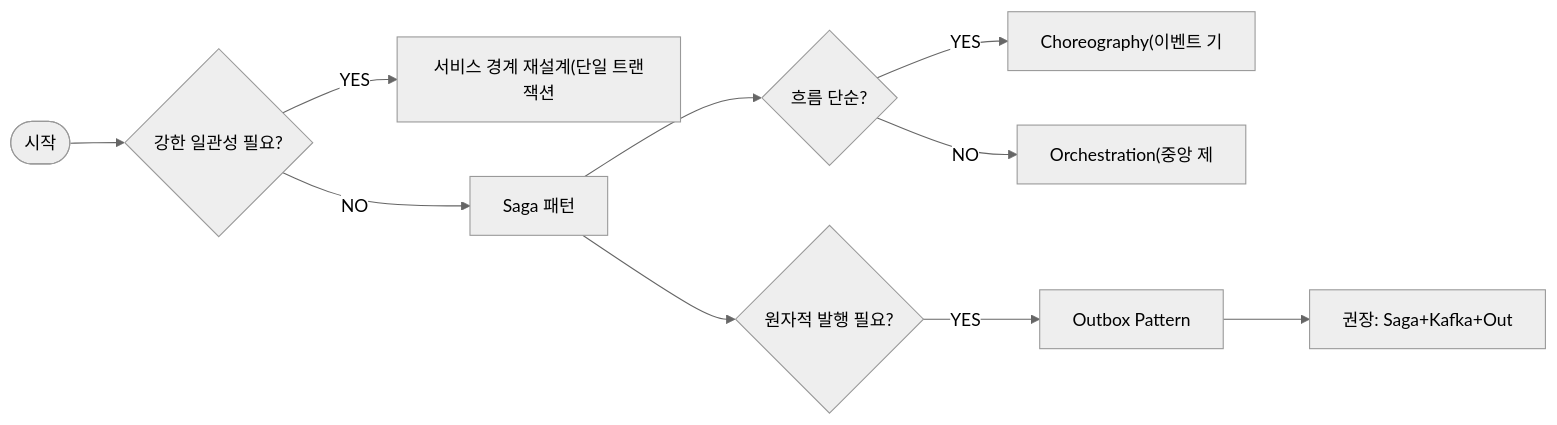
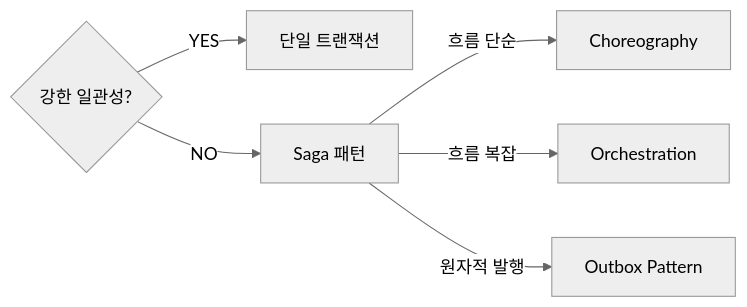
The eighth of 8 diagrams in _posts/spring/2026-05-01-distributed-transaction.md (yjkim2015/yjkim2015.github.io), drawn with Mermaid (neutral theme) before and after one commit. The commit also changed 163 other files, not shown here.

First line of the commit message:
Mermaid 300개 블록 내용 축소: 5노드 5엣지 이하, 의미 있는 약어

````diff
--- a/_posts/spring/2026-05-01-distributed-transaction.md
+++ b/_posts/spring/2026-05-01-distributed-transaction.md
@@ -359,12 +359,8 @@
 ```mermaid
 graph LR
-    START(["시작"]) --> Q1{"강한 일관성 필요?"}
-    Q1 -->|YES| R1["서비스 경계 재설계(단일 트랜잭션"]
+    Q1{"강한 일관성?"} -->|YES| R1["단일 트랜잭션"]
     Q1 -->|NO| SAGA["Saga 패턴"]
-    SAGA --> Q3{"흐름 단순?"}
-    Q3 -->|YES| CHOREO["Choreography(이벤트 기"]
-    Q3 -->|NO| ORCH["Orchestration(중앙 제"]
-    SAGA --> Q4{"원자적 발행 필요?"}
-    Q4 -->|YES| OUTBOX["Outbox Pattern"]
-    OUTBOX --> BEST["권장: Saga+Kafka+Out"]
+    SAGA -->|흐름 단순| CHOREO["Choreography"]
+    SAGA -->|흐름 복잡| ORCH["Orchestration"]
+    SAGA -->|원자적 발행| OUTBOX["Outbox Pattern"]
 ```
````
